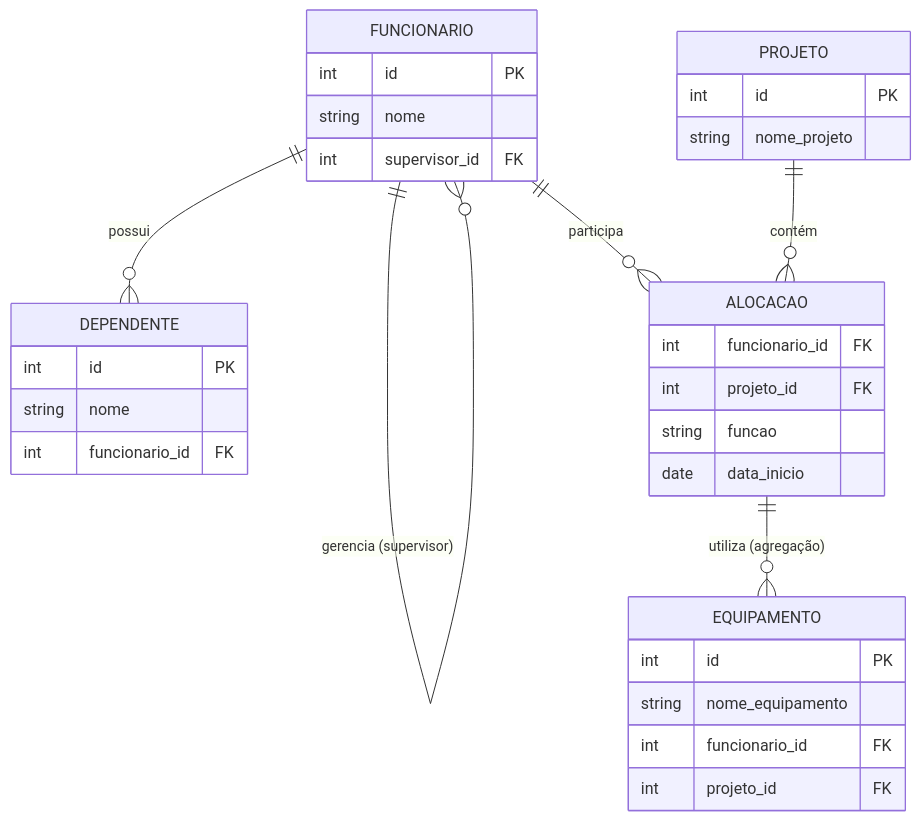
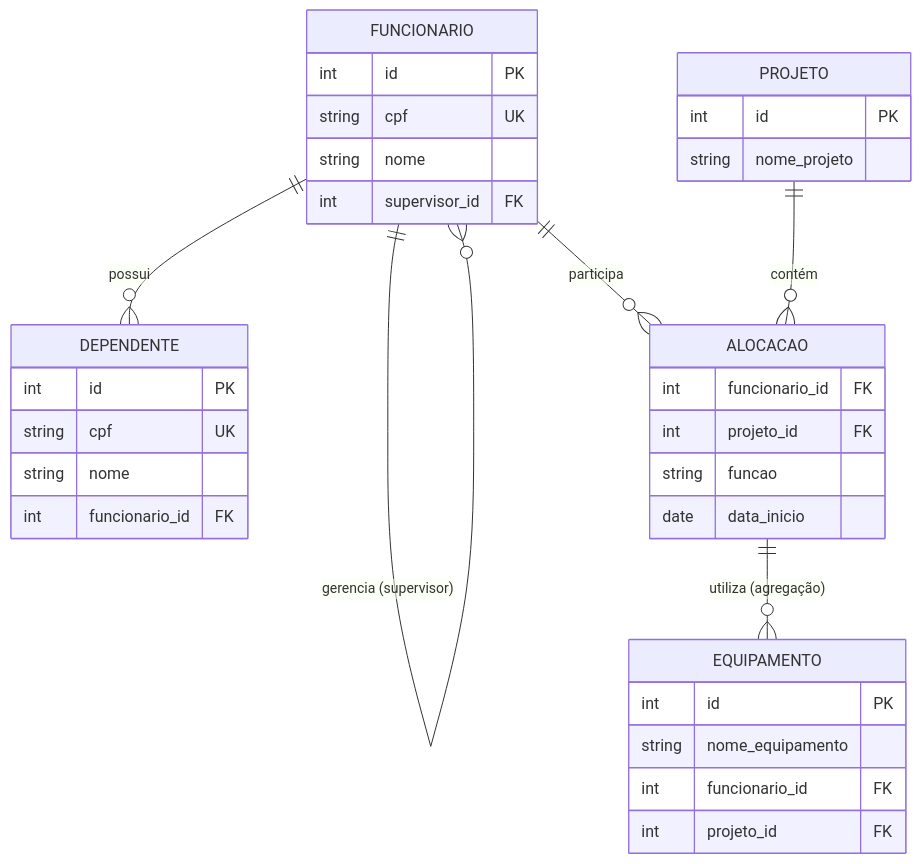
One commit to AndreAeusy/projeto-bd-agregacaomsksis changed the diagram in README.md. Above: the diagram before and after it, drawn with Mermaid. The commit also changed other lines of this file, not shown here.

````diff
--- a/README.md
+++ b/README.md
@@ -10,39 +10,41 @@
 ```mermaid
 erDiagram
   FUNCIONARIO ||--o{ FUNCIONARIO : "gerencia (supervisor)"
   FUNCIONARIO ||--o{ DEPENDENTE : "possui"
   FUNCIONARIO ||--o{ ALOCACAO : "participa"
   PROJETO ||--o{ ALOCACAO : "contém"
   ALOCACAO ||--o{ EQUIPAMENTO : "utiliza (agregação)"
 
   FUNCIONARIO {
     int id PK
+    string cpf UK
     string nome
     int supervisor_id FK
   }
 
   DEPENDENTE {
     int id PK
+    string cpf UK
     string nome
     int funcionario_id FK
   }
 
   PROJETO {
     int id PK
     string nome_projeto
   }
 
   ALOCACAO {
     int funcionario_id FK
     int projeto_id FK
     string funcao
     date data_inicio
   }
 
   EQUIPAMENTO {
     int id PK
     string nome_equipamento
     int funcionario_id FK
     int projeto_id FK
   }
 ```
````
